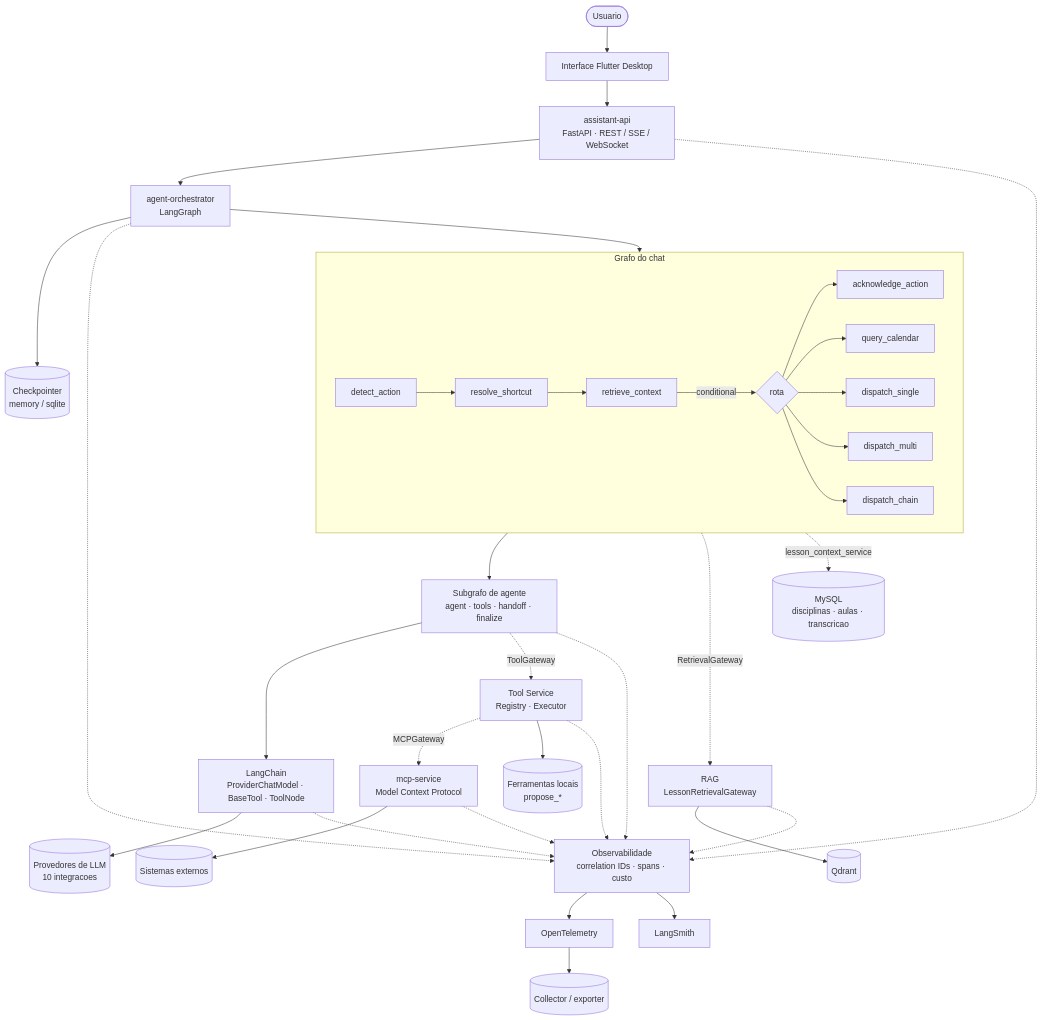
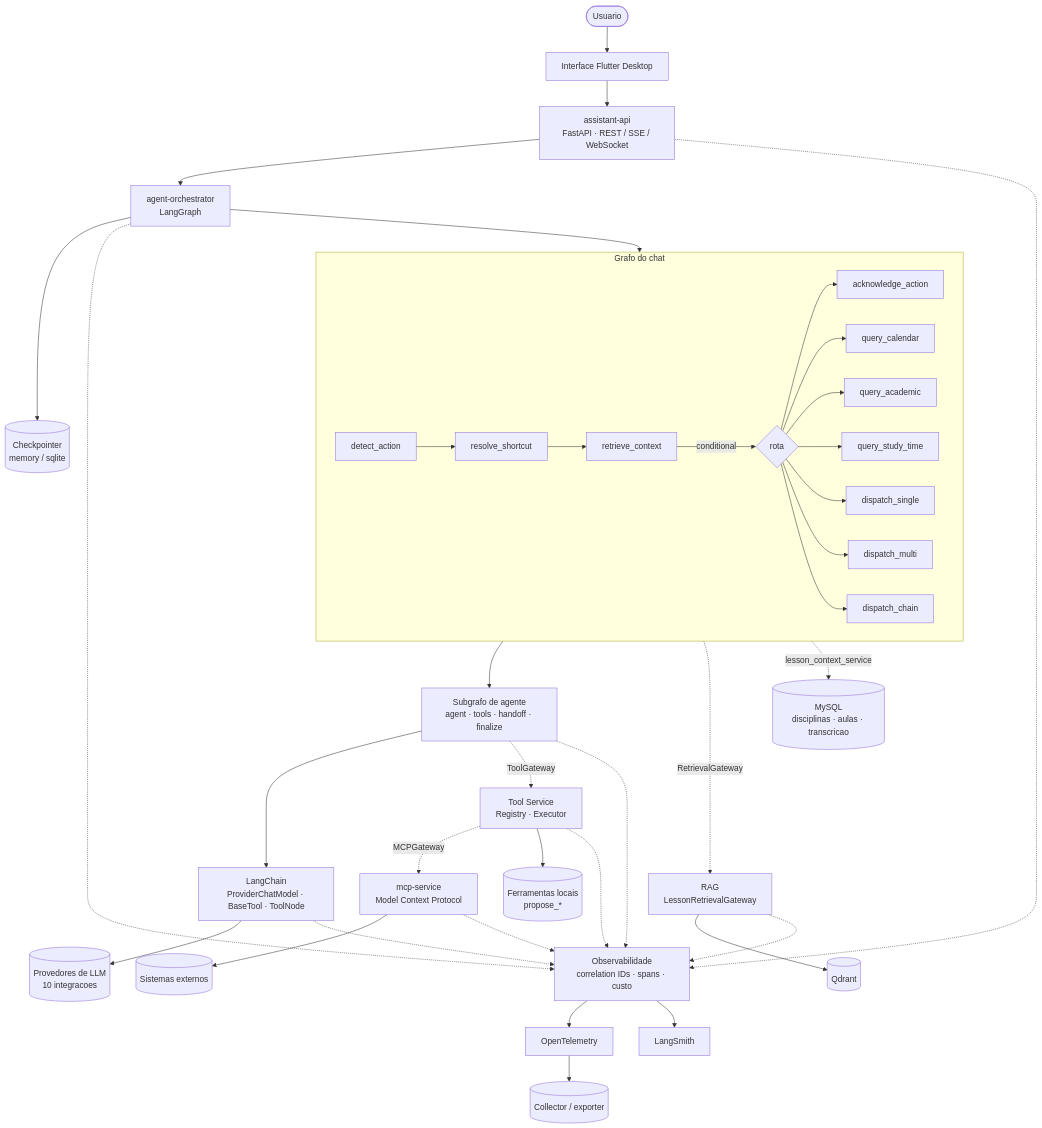
The first of 3 diagrams in docs/arquitetura/agentes.md (m4n1nh0/assistant_app), drawn with Mermaid before and after one commit. The commit also changed other lines of this file and 7 other files, not shown here.

````diff
--- a/docs/arquitetura/agentes.md
+++ b/docs/arquitetura/agentes.md
@@ -22,49 +22,51 @@
 ```mermaid
 flowchart TB
     User([Usuario]) --> UI[Interface Flutter Desktop]
     UI --> API[assistant-api<br/>FastAPI · REST / SSE / WebSocket]
 
     API --> ORCH[agent-orchestrator<br/>LangGraph]
 
     subgraph GRAPH[Grafo do chat]
         direction LR
         N1[detect_action] --> N2[resolve_shortcut]
         N2 --> N3[retrieve_context]
         N3 -->|conditional| N4{rota}
         N4 --> A1[acknowledge_action]
         N4 --> A2[query_calendar]
+        N4 --> A6[query_academic]
+        N4 --> A7[query_study_time]
         N4 --> A3[dispatch_single]
         N4 --> A4[dispatch_multi]
         N4 --> A5[dispatch_chain]
     end
 
     ORCH --> GRAPH
     A3 --> SUB[Subgrafo de agente<br/>agent · tools · handoff · finalize]
 
     SUB --> LC[LangChain<br/>ProviderChatModel · BaseTool · ToolNode]
 
     SUB -.->|ToolGateway| TG[Tool Service<br/>Registry · Executor]
     N3 -.->|RetrievalGateway| RAG[RAG<br/>LessonRetrievalGateway]
     N3 -.->|lesson_context_service| REL[(MySQL<br/>disciplinas · aulas · transcricao)]
 
     TG -.->|MCPGateway| MCP[mcp-service<br/>Model Context Protocol]
     MCP --> EXT[(Sistemas externos)]
     TG --> LOCAL[(Ferramentas locais<br/>propose_*)]
 
     LC --> PROV[(Provedores de LLM<br/>10 integracoes)]
     RAG --> QD[(Qdrant)]
     ORCH --> CKPT[(Checkpointer<br/>memory / sqlite)]
 
     API -.-> OBS
     ORCH -.-> OBS
     SUB -.-> OBS
     TG -.-> OBS
     MCP -.-> OBS
     LC -.-> OBS
     RAG -.-> OBS
 
     OBS[Observabilidade<br/>correlation IDs · spans · custo]
     OBS --> OTEL[OpenTelemetry]
     OBS --> LS[LangSmith]
     OTEL --> COLL[(Collector / exporter)]
 ```
````
